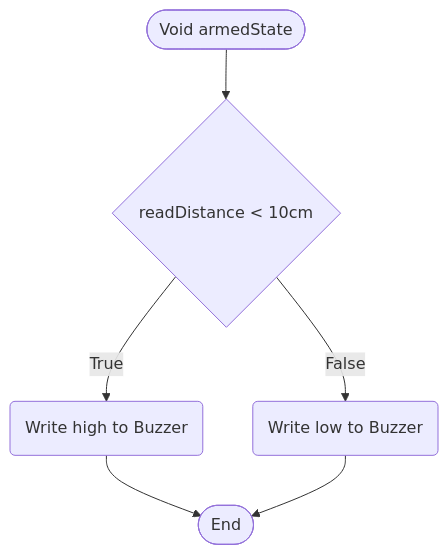
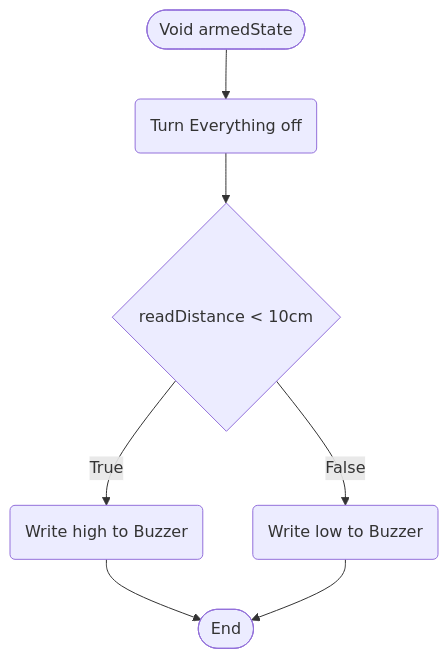
Before and after one commit to TheDjgamerProductions/Robotics2022: the fifth of 8 diagrams in Assessments/Assessment_2_Smart_Device_House/Logic.md, drawn with Mermaid. The commit also changed 1 other file, not shown here.

Commit message:
Updated Logic and Banner

````diff
--- a/Assessments/Assessment_2_Smart_Device_House/Logic.md
+++ b/Assessments/Assessment_2_Smart_Device_House/Logic.md
@@ -73,11 +73,12 @@
 ```mermaid
   flowchart TD
     terminalStart([Void armedState])
     terminalEnd([End])
+    off(Turn Everything off)
     if{readDistance < 10cm}
     alarm(Write high to Buzzer)
     noAlarm(Write low to Buzzer)
-    terminalStart --> if
+    terminalStart --> off --> if
     if --> |True| alarm --> terminalEnd
     if --> |False| noAlarm --> terminalEnd
 ```
````
